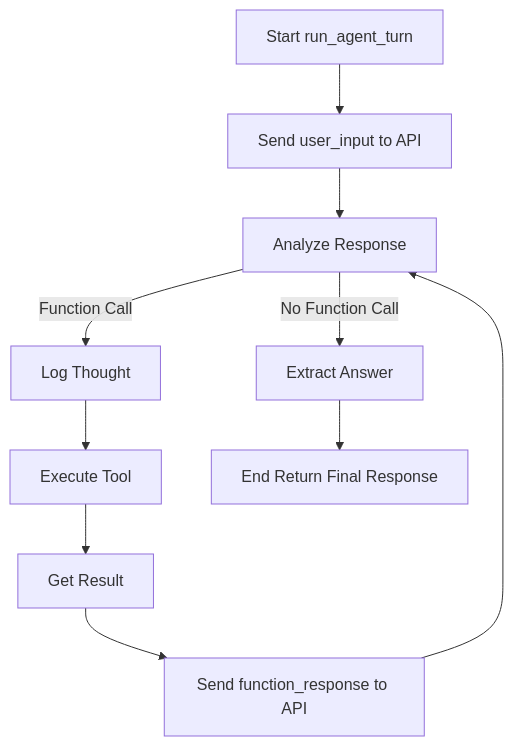
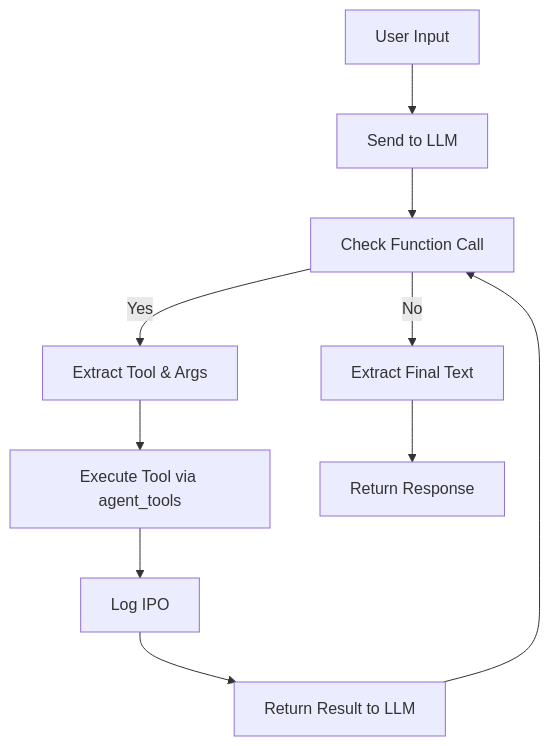
Before and after one commit to nakashima2toshio/gemini_grace_agent: the diagram in doc/agent_main.md, drawn with Mermaid. The commit also changed other lines of this file and 8 other files, not shown here.

````diff
--- a/doc/agent_main.md
+++ b/doc/agent_main.md
@@ -56,12 +66,14 @@
-```mermaid
-graph TD
-    Start[Start run_agent_turn] --> Send[Send user_input to API]
-    Send --> LoopStart[Analyze Response]
-    LoopStart -->|Function Call| LogThought[Log Thought]
-    LogThought --> ExecTool[Execute Tool]
-    ExecTool --> Obs[Get Result]
-    Obs --> SendRes[Send function_response to API]
-    SendRes --> LoopStart
-    LoopStart -->|No Function Call| Extract[Extract Answer]
-    Extract --> End[End Return Final Response]
-```
+    ```mermaid
+    graph TD
+        Start[User Input] --> Send[Send to LLM]
+        Send --> Check[Check Function Call]
+        
+        Check -->|Yes| Extract[Extract Tool & Args]
+        Extract --> Exec[Execute Tool via agent_tools]
+        Exec --> Log[Log IPO]
+        Log --> Return[Return Result to LLM]
+        Return --> Check
+        
+        Check -->|No| Answer[Extract Final Text]
+        Answer --> End[Return Response]
+    ```
````
